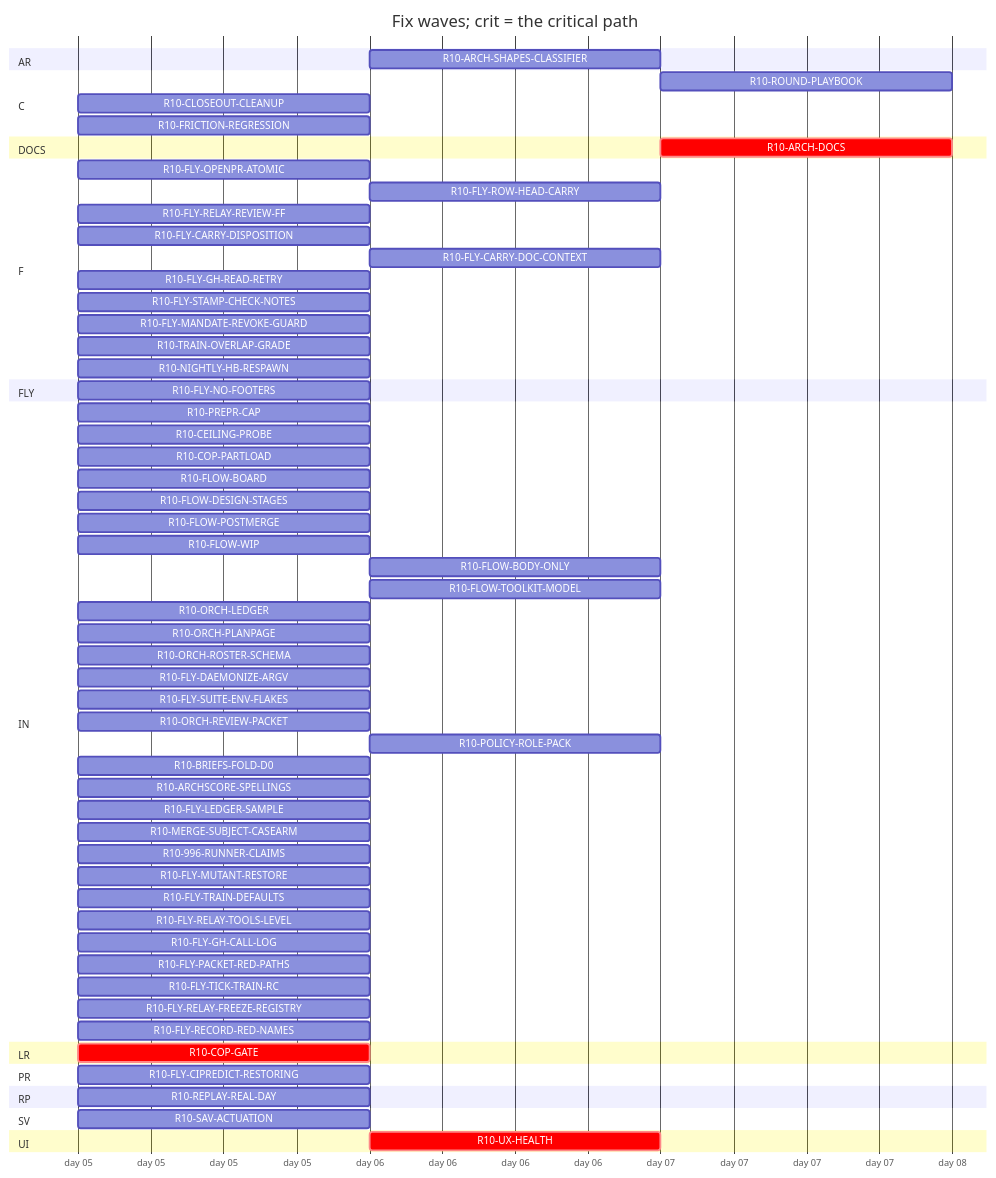
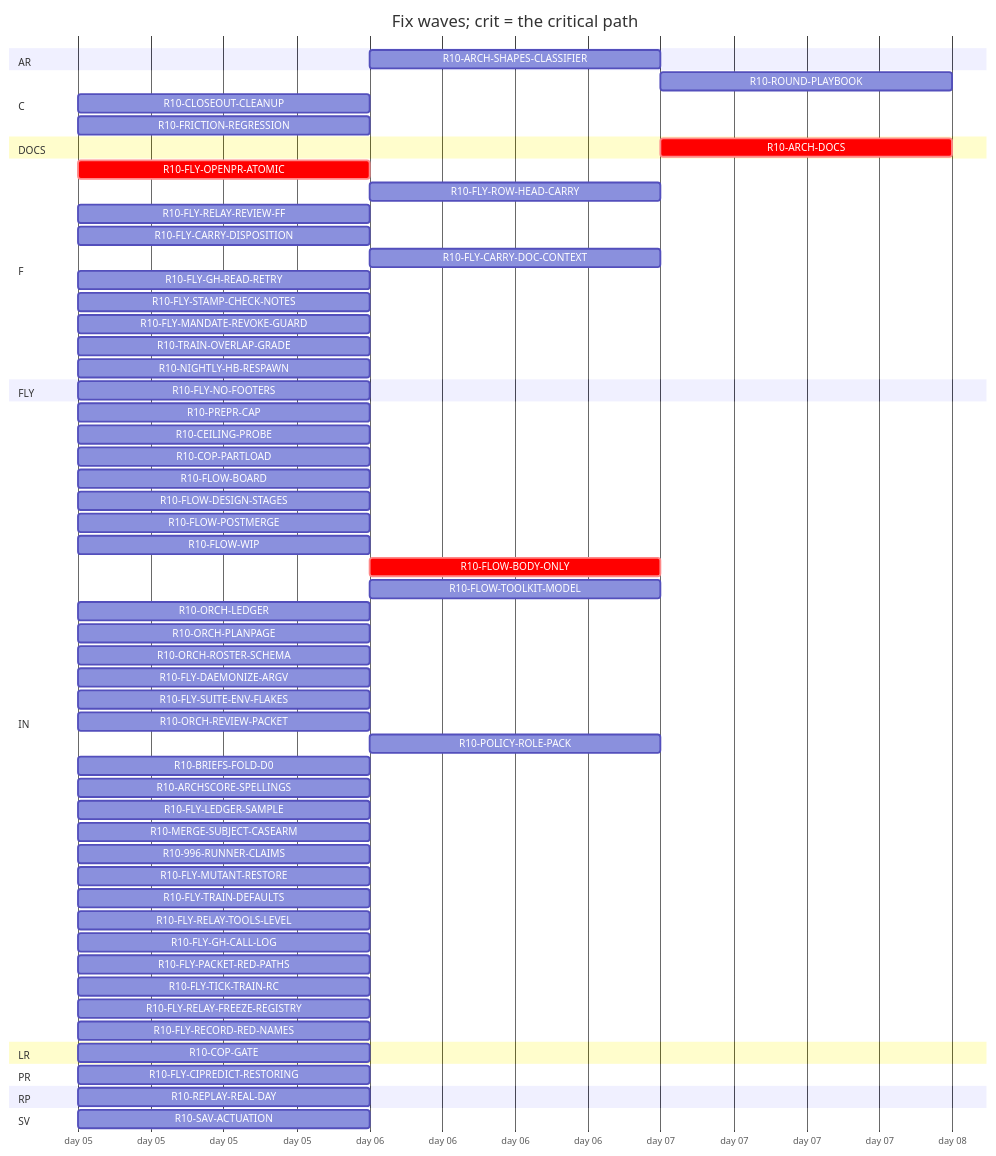
Before and after one commit to tvofi/heatpump_optimizer: the diagram in handoff/round10/state/PLAN-TABLE.md, drawn with Mermaid. The commit also changed other lines of this file and 3 other files, not shown here.

Commit message:
state: FLOW-BOARD.md, NEXT-SESSION-PROMPT.md, PLAN-TABLE.md, RESUME-CURRENT.md regenerated (state_docs.py)

````diff
--- a/handoff/round10/state/PLAN-TABLE.md
+++ b/handoff/round10/state/PLAN-TABLE.md
@@ -24,67 +23,65 @@
 ```mermaid
 gantt
   title Fix waves; crit = the critical path
   dateFormat YYYY-MM-DD
   axisFormat day %d
   section AR
     R10-ARCH-SHAPES-CLASSIFIER :r10ARCHSHAPESCLASSIFIER, after r10996RUNNERCLAIMS, 1d
   section C
     R10-ROUND-PLAYBOOK :r10ROUNDPLAYBOOK, after r10ORCHLEDGER r10ORCHPLANPAGE r10FLYRELAYREVIEWFF r10FLOWBODYONLY, 1d
     R10-CLOSEOUT-CLEANUP :r10CLOSEOUTCLEANUP, 2026-01-05, 1d
     R10-FRICTION-REGRESSION :r10FRICTIONREGRESSION, 2026-01-05, 1d
   section DOCS
-    R10-ARCH-DOCS :crit, r10ARCHDOCS, after r10COPGATE r10UXHEALTH r10CEILINGPROBE r10COPPARTLOAD r10FLOWBOARD r10FLOWDESIGNSTAGES r10FLOWPOSTMERGE r10FLOWWIP r10FLOWBODYONLY r10FLYOPENPRATOMIC r10FLYROWHEADCARRY r10FLYRELAYREVIEWFF r10FLYCARRYDISPOSITION r10FLYCARRYDOCCONTEXT r10FLOWTOOLKITMODEL r10FLYSTAMPCHECKNOTES r10FLYMANDATEREVOKEGUARD r10TRAINOVERLAPGRADE r10NIGHTLYHBRESPAWN r10ORCHLEDGER r10ORCHPLANPAGE r10ORCHROSTERSCHEMA r10FLYDAEMONIZEARGV r10ORCHREVIEWPACKET r10POLICYROLEPACK r10BRIEFSFOLDD0 r10REPLAYREALDAY r10ARCHSCORESPELLINGS r10SAVACTUATION r10FLYLEDGERSAMPLE, 1d
+    R10-ARCH-DOCS :crit, r10ARCHDOCS, after r10COPGATE r10CEILINGPROBE r10COPPARTLOAD r10FLOWBOARD r10FLOWDESIGNSTAGES r10FLOWPOSTMERGE r10FLOWWIP r10FLOWBODYONLY r10FLYOPENPRATOMIC r10FLYROWHEADCARRY r10FLYRELAYREVIEWFF r10FLYCARRYDISPOSITION r10FLYCARRYDOCCONTEXT r10FLOWTOOLKITMODEL r10FLYSTAMPCHECKNOTES r10FLYMANDATEREVOKEGUARD r10TRAINOVERLAPGRADE r10NIGHTLYHBRESPAWN r10ORCHLEDGER r10ORCHPLANPAGE r10ORCHROSTERSCHEMA r10FLYDAEMONIZEARGV r10ORCHREVIEWPACKET r10POLICYROLEPACK r10BRIEFSFOLDD0 r10REPLAYREALDAY r10ARCHSCORESPELLINGS r10SAVACTUATION r10FLYLEDGERSAMPLE, 1d
   section F
-    R10-FLY-OPENPR-ATOMIC :r10FLYOPENPRATOMIC, 2026-01-05, 1d
+    R10-FLY-OPENPR-ATOMIC :crit, r10FLYOPENPRATOMIC, 2026-01-05, 1d
     R10-FLY-ROW-HEAD-CARRY :r10FLYROWHEADCARRY, after r10FLYOPENPRATOMIC, 1d
     R10-FLY-RELAY-REVIEW-FF :r10FLYRELAYREVIEWFF, 2026-01-05, 1d
     R10-FLY-CARRY-DISPOSITION :r10FLYCARRYDISPOSITION, 2026-01-05, 1d
     R10-FLY-CARRY-DOC-CONTEXT :r10FLYCARRYDOCCONTEXT, after r10FLYGHREADRETRY, 1d
     R10-FLY-GH-READ-RETRY :r10FLYGHREADRETRY, 2026-01-05, 1d
     R10-FLY-STAMP-CHECK-NOTES :r10FLYSTAMPCHECKNOTES, 2026-01-05, 1d
     R10-FLY-MANDATE-REVOKE-GUARD :r10FLYMANDATEREVOKEGUARD, 2026-01-05, 1d
     R10-TRAIN-OVERLAP-GRADE :r10TRAINOVERLAPGRADE, 2026-01-05, 1d
     R10-NIGHTLY-HB-RESPAWN :r10NIGHTLYHBRESPAWN, 2026-01-05, 1d
   section FLY
     R10-FLY-NO-FOOTERS :r10FLYNOFOOTERS, 2026-01-05, 1d
   section IN
     R10-PREPR-CAP :r10PREPRCAP, 2026-01-05, 1d
     R10-CEILING-PROBE :r10CEILINGPROBE, 2026-01-05, 1d
     R10-COP-PARTLOAD :r10COPPARTLOAD, 2026-01-05, 1d
     R10-FLOW-BOARD :r10FLOWBOARD, 2026-01-05, 1d
     R10-FLOW-DESIGN-STAGES :r10FLOWDESIGNSTAGES, 2026-01-05, 1d
     R10-FLOW-POSTMERGE :r10FLOWPOSTMERGE, 2026-01-05, 1d
     R10-FLOW-WIP :r10FLOWWIP, 2026-01-05, 1d
-    R10-FLOW-BODY-ONLY :r10FLOWBODYONLY, after r10FLYOPENPRATOMIC, 1d
+    R10-FLOW-BODY-ONLY :crit, r10FLOWBODYONLY, after r10FLYOPENPRATOMIC, 1d
     R10-FLOW-TOOLKIT-MODEL :r10FLOWTOOLKITMODEL, after r10ORCHPLANPAGE, 1d
     R10-ORCH-LEDGER :r10ORCHLEDGER, 2026-01-05, 1d
     R10-ORCH-PLANPAGE :r10ORCHPLANPAGE, 2026-01-05, 1d
     R10-ORCH-ROSTER-SCHEMA :r10ORCHROSTERSCHEMA, 2026-01-05, 1d
     R10-FLY-DAEMONIZE-ARGV :r10FLYDAEMONIZEARGV, 2026-01-05, 1d
     R10-FLY-SUITE-ENV-FLAKES :r10FLYSUITEENVFLAKES, 2026-01-05, 1d
     R10-ORCH-REVIEW-PACKET :r10ORCHREVIEWPACKET, 2026-01-05, 1d
     R10-POLICY-ROLE-PACK :r10POLICYROLEPACK, after r10FLOWDESIGNSTAGES, 1d
     R10-BRIEFS-FOLD-D0 :r10BRIEFSFOLDD0, 2026-01-05, 1d
     R10-ARCHSCORE-SPELLINGS :r10ARCHSCORESPELLINGS, 2026-01-05, 1d
     R10-FLY-LEDGER-SAMPLE :r10FLYLEDGERSAMPLE, 2026-01-05, 1d
     R10-MERGE-SUBJECT-CASEARM :r10MERGESUBJECTCASEARM, 2026-01-05, 1d
     R10-996-RUNNER-CLAIMS :r10996RUNNERCLAIMS, 2026-01-05, 1d
     R10-FLY-MUTANT-RESTORE :r10FLYMUTANTRESTORE, 2026-01-05, 1d
     R10-FLY-TRAIN-DEFAULTS :r10FLYTRAINDEFAULTS, 2026-01-05, 1d
     R10-FLY-RELAY-TOOLS-LEVEL :r10FLYRELAYTOOLSLEVEL, 2026-01-05, 1d
     R10-FLY-GH-CALL-LOG :r10FLYGHCALLLOG, 2026-01-05, 1d
     R10-FLY-PACKET-RED-PATHS :r10FLYPACKETREDPATHS, 2026-01-05, 1d
     R10-FLY-TICK-TRAIN-RC :r10FLYTICKTRAINRC, 2026-01-05, 1d
     R10-FLY-RELAY-FREEZE-REGISTRY :r10FLYRELAYFREEZEREGISTRY, 2026-01-05, 1d
     R10-FLY-RECORD-RED-NAMES :r10FLYRECORDREDNAMES, 2026-01-05, 1d
   section LR
-    R10-COP-GATE :crit, r10COPGATE, 2026-01-05, 1d
+    R10-COP-GATE :r10COPGATE, 2026-01-05, 1d
   section PR
     R10-FLY-CIPREDICT-RESTORING :r10FLYCIPREDICTRESTORING, 2026-01-05, 1d
   section RP
     R10-REPLAY-REAL-DAY :r10REPLAYREALDAY, 2026-01-05, 1d
   section SV
     R10-SAV-ACTUATION :r10SAVACTUATION, 2026-01-05, 1d
-  section UI
-    R10-UX-HEALTH :crit, r10UXHEALTH, after r10COPGATE, 1d
 ```
````
